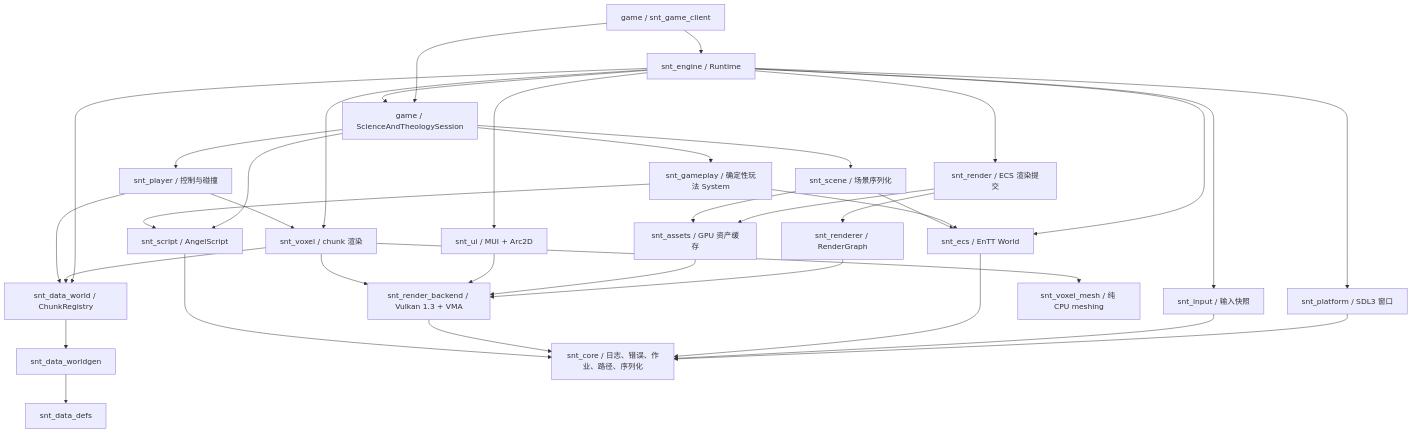
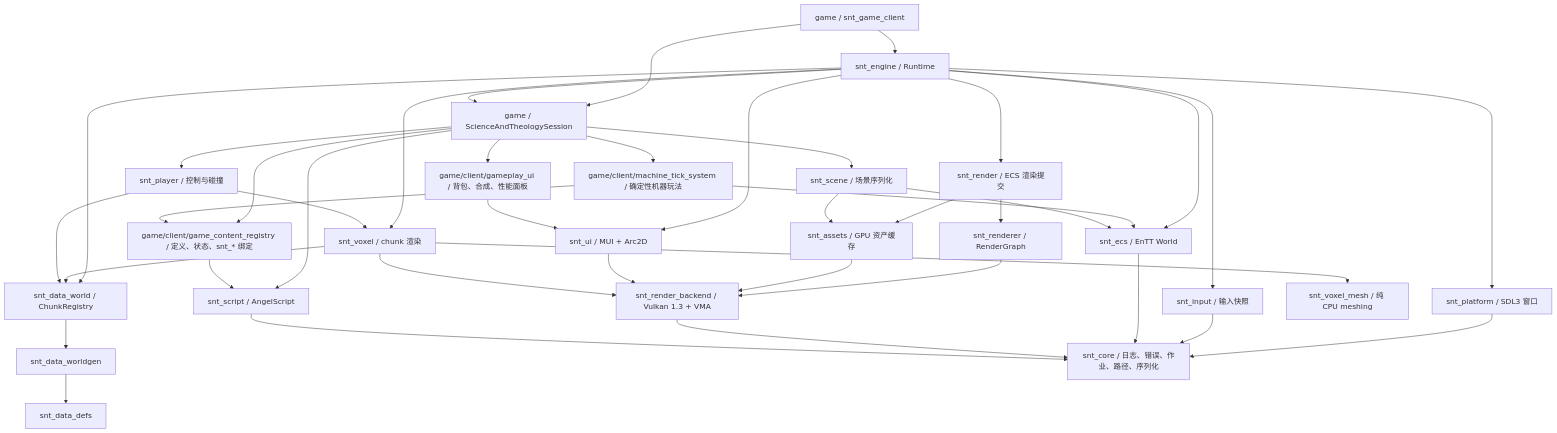
Before and after one commit to yuanju-qwq/ScienceAndTheology: the diagram in docs/自研引擎架构设计.md, drawn with Mermaid. The commit also changed other lines of this file and 16 other files, not shown here.

````diff
--- a/docs/自研引擎架构设计.md
+++ b/docs/自研引擎架构设计.md
@@ -78,41 +76,45 @@
 ```mermaid
 flowchart TD
     Host["game / snt_game_client"] --> Runtime["snt_engine / Runtime"]
     Host --> Session["game / ScienceAndTheologySession"]
     Runtime --> Session
 
     Runtime --> Platform["snt_platform / SDL3 窗口"]
     Runtime --> Input["snt_input / 输入快照"]
     Runtime --> ECS["snt_ecs / EnTT World"]
     Runtime --> Render["snt_render / ECS 渲染提交"]
     Runtime --> UI["snt_ui / MUI + Arc2D"]
     Runtime --> Voxel["snt_voxel / chunk 渲染"]
     Runtime --> DataWorld["snt_data_world / ChunkRegistry"]
     Session --> Player["snt_player / 控制与碰撞"]
     Session --> Scene["snt_scene / 场景序列化"]
     Session --> Script["snt_script / AngelScript"]
-    Session --> Gameplay["snt_gameplay / 确定性玩法 System"]
-    Gameplay --> ECS
-    Gameplay --> Script
+    Session --> GameContent["game/client/game_content_registry / 定义、状态、snt_* 绑定"]
+    Session --> GameMachine["game/client/machine_tick_system / 确定性机器玩法"]
+    Session --> GameUi["game/client/gameplay_ui / 背包、合成、性能面板"]
+    GameUi --> UI
+    GameContent --> Script
+    GameMachine --> ECS
+    GameMachine --> GameContent
 
     Render --> Renderer["snt_renderer / RenderGraph"]
     Render --> Assets["snt_assets / GPU 资产缓存"]
     Renderer --> Backend["snt_render_backend / Vulkan 1.3 + VMA"]
     Assets --> Backend
     UI --> Backend
     Voxel --> Backend
     Voxel --> VoxelMesh["snt_voxel_mesh / 纯 CPU meshing"]
     Voxel --> DataWorld
     Player --> Voxel
     Player --> DataWorld
     Scene --> ECS
     Scene --> Assets
     DataWorld --> WorldGen["snt_data_worldgen"]
     WorldGen --> DataDefs["snt_data_defs"]
     Core["snt_core / 日志、错误、作业、路径、序列化"]
     Platform --> Core
     Input --> Core
     ECS --> Core
     Backend --> Core
     Script --> Core
 ```
````
